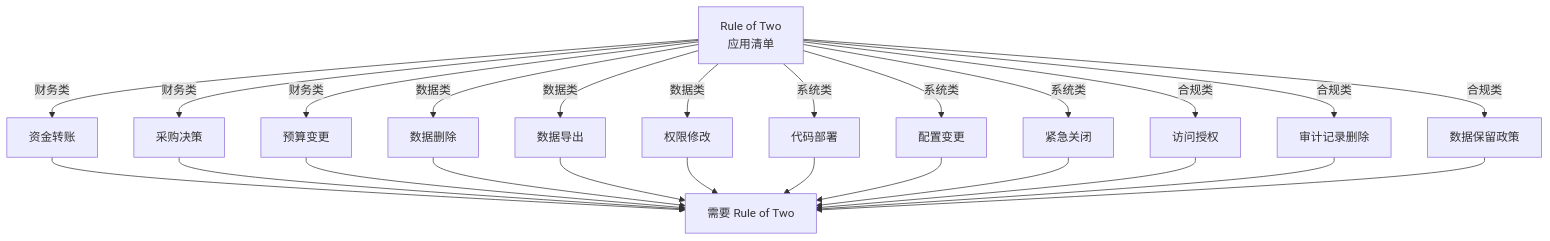
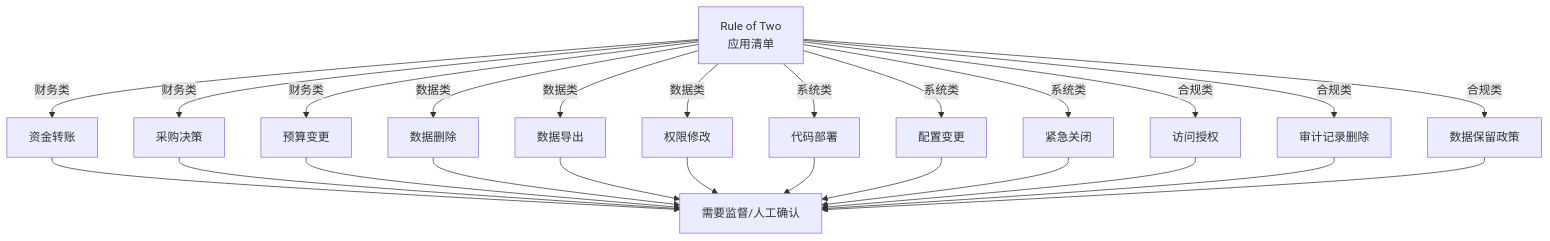
Before and after one commit to yeasy/ai_security_guide: the eighth of 9 diagrams in 07_agent_rag_security/7.6_agents_rule_of_two.md, drawn with Mermaid. The commit also changed other lines of this file and 4 other files, not shown here.

````diff
--- a/07_agent_rag_security/7.6_agents_rule_of_two.md
+++ b/07_agent_rag_security/7.6_agents_rule_of_two.md
@@ -815,31 +818,31 @@
 ```mermaid
 graph TD
     A["Rule of Two<br/>应用清单"] -->|财务类| B1["资金转账"]
     A -->|财务类| B2["采购决策"]
     A -->|财务类| B3["预算变更"]
 
     A -->|数据类| C1["数据删除"]
     A -->|数据类| C2["数据导出"]
     A -->|数据类| C3["权限修改"]
 
     A -->|系统类| D1["代码部署"]
     A -->|系统类| D2["配置变更"]
     A -->|系统类| D3["紧急关闭"]
 
     A -->|合规类| E1["访问授权"]
     A -->|合规类| E2["审计记录删除"]
     A -->|合规类| E3["数据保留政策"]
 
-    B1 --> F["需要 Rule of Two"]
+    B1 --> F["需要监督/人工确认"]
     B2 --> F
     B3 --> F
     C1 --> F
     C2 --> F
     C3 --> F
     D1 --> F
     D2 --> F
     D3 --> F
     E1 --> F
     E2 --> F
     E3 --> F
 ```
````
